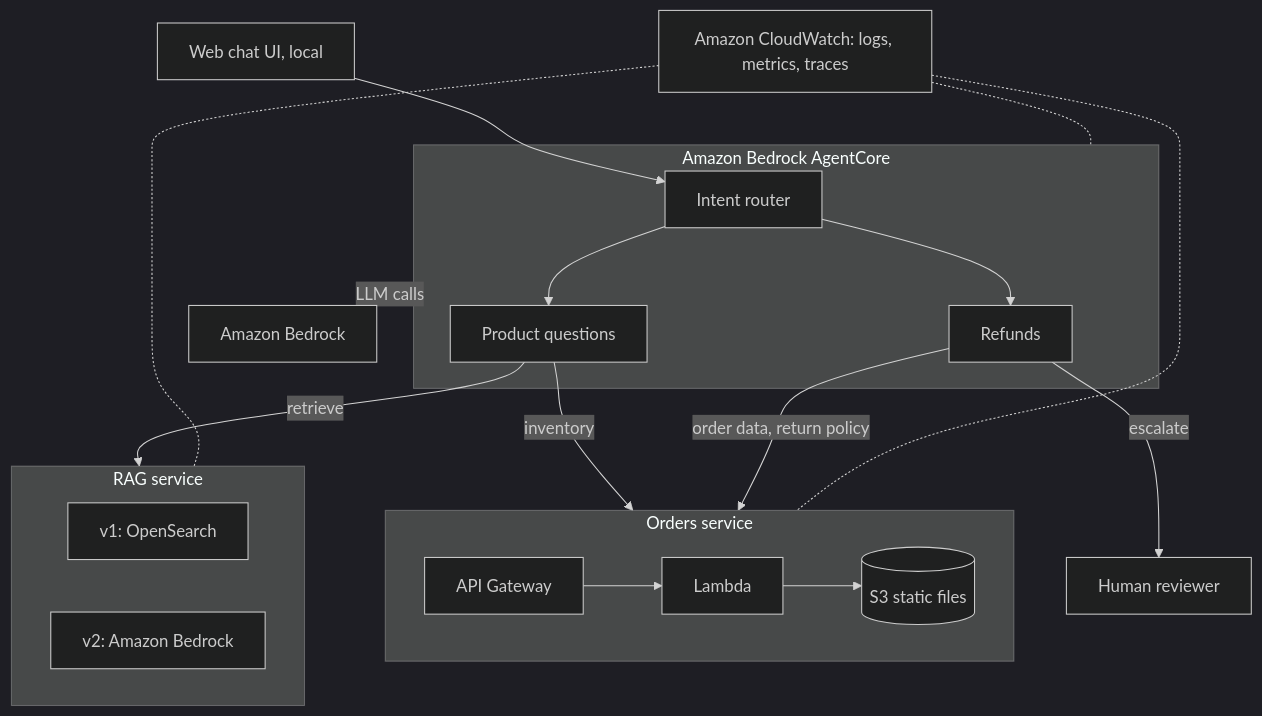
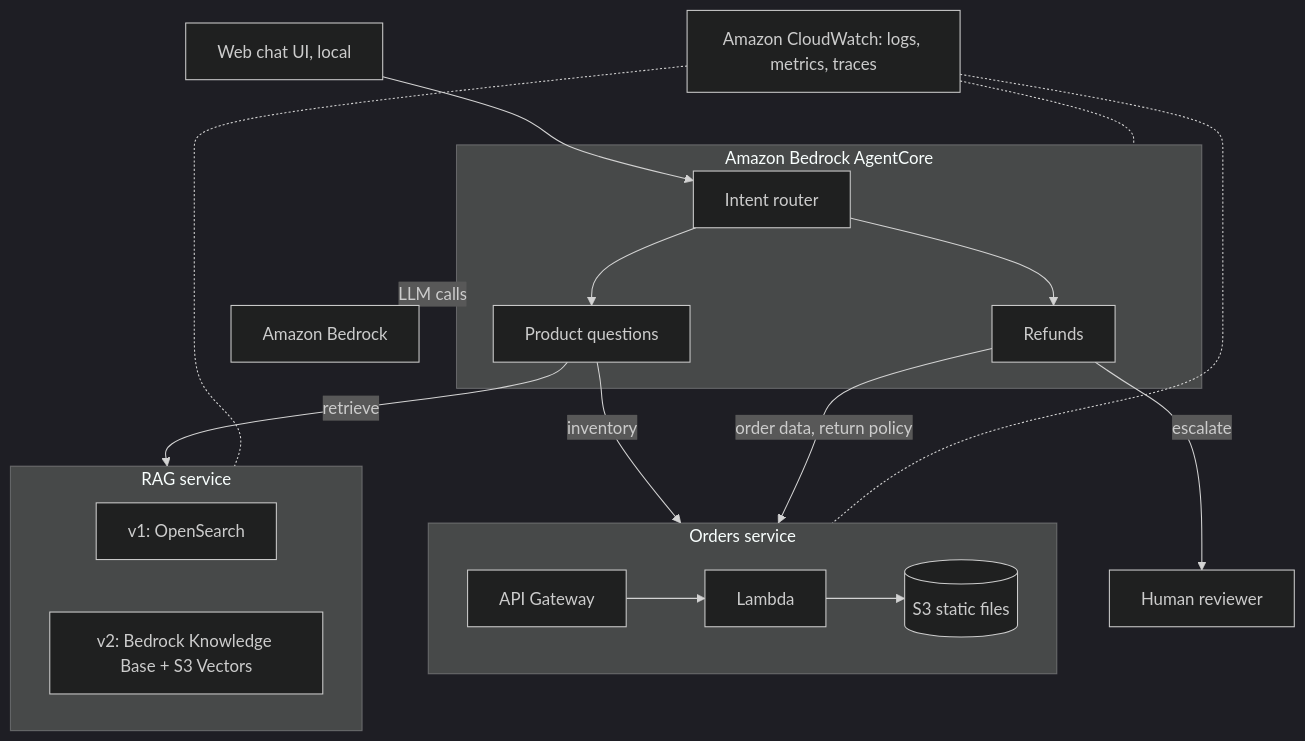
Before and after one commit to lilianabs/customer-service-agent: the diagram in docs/architecture.md, drawn with Mermaid (dark theme). The commit also changed other lines of this file and 3 other files, not shown here.

````diff
--- a/docs/architecture.md
+++ b/docs/architecture.md
@@ -46,23 +47,23 @@
 ```mermaid
 flowchart TD
     UI[Web chat UI, local] --> Router
     subgraph AgentCore[Amazon Bedrock AgentCore]
         Router[Intent router] --> Product[Product questions]
         Router --> Refunds[Refunds]
     end
     Product -->|retrieve| RAG
     Product -->|inventory| Orders
     Refunds -->|order data, return policy| Orders
     Refunds -->|escalate| Human[Human reviewer]
     subgraph RAG[RAG service]
         V1[v1: OpenSearch]
-        V2[v2: Amazon Bedrock]
+        V2[v2: Bedrock Knowledge Base + S3 Vectors]
     end
     subgraph Orders[Orders service]
         APIGW[API Gateway] --> Lambda[Lambda] --> S3[(S3 static files)]
     end
     AgentCore -->|LLM calls| Bedrock[Amazon Bedrock]
     CW[Amazon CloudWatch: logs, metrics, traces] -.- AgentCore
     CW -.- RAG
     CW -.- Orders
 ```
````
